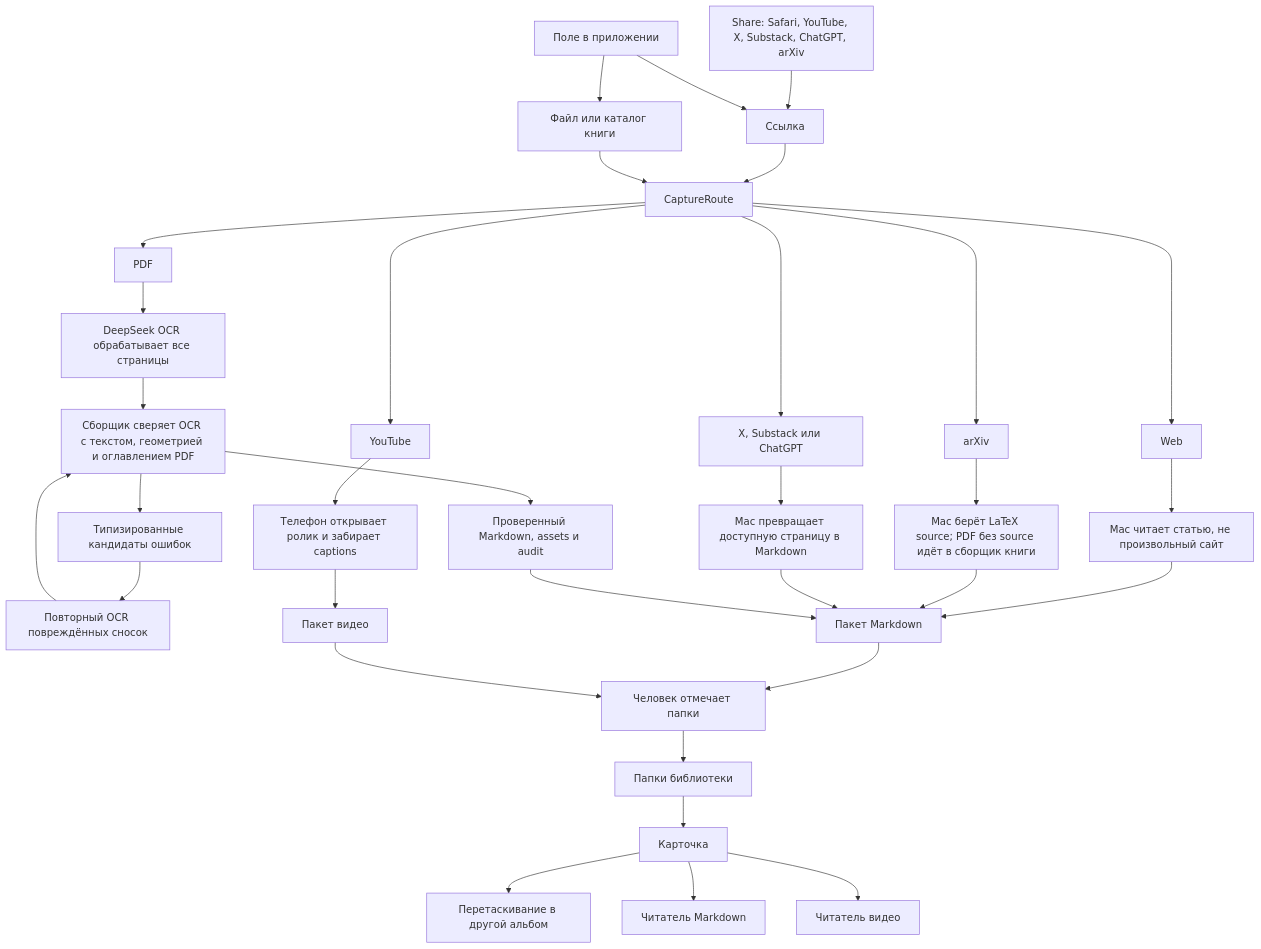
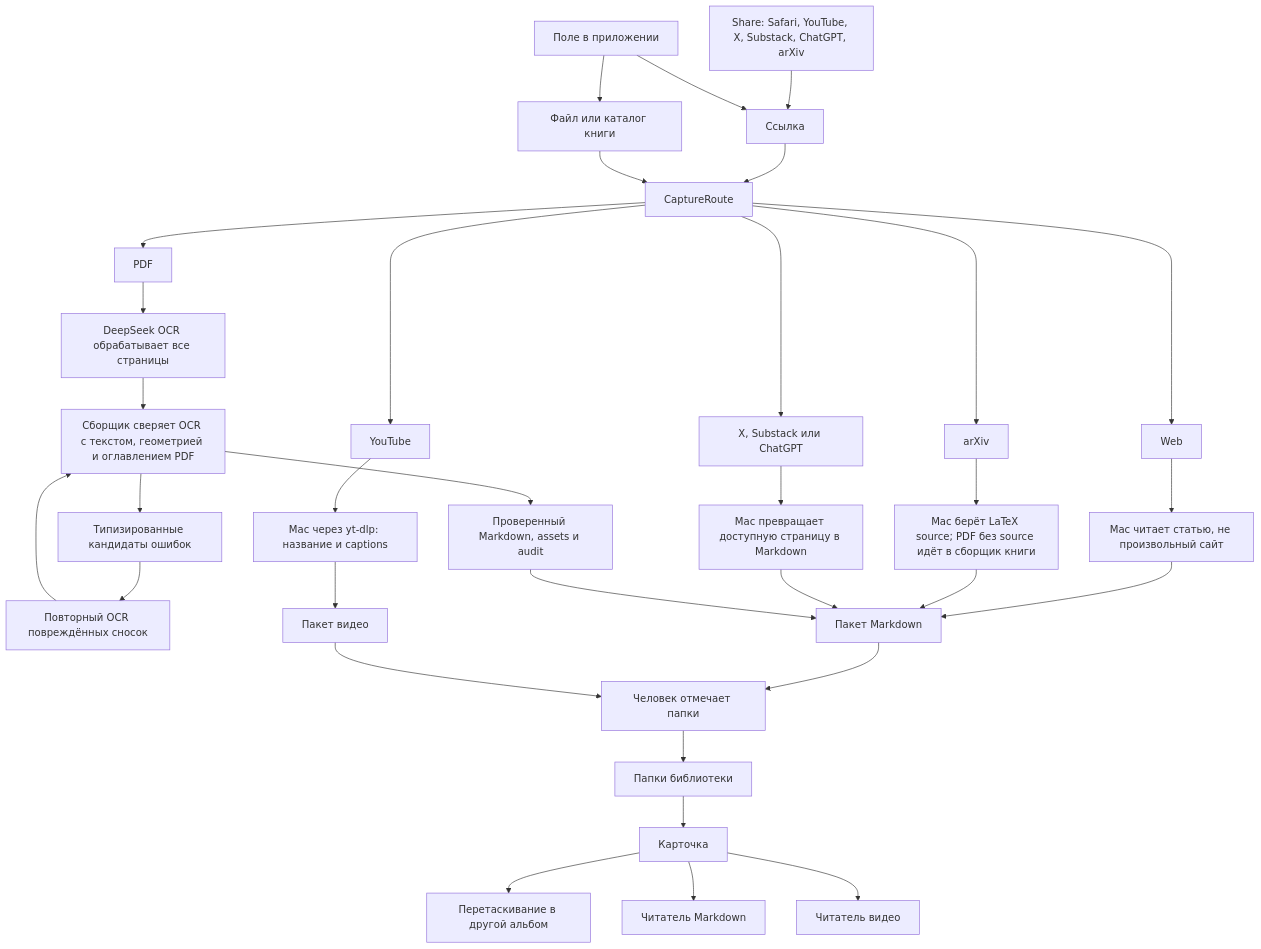
Before and after one commit to vladkalinichencko/fnmn-app: the eighth of 9 diagrams in APP_SPEC.md, drawn with Mermaid. The commit also changed other lines of this file and 12 other files, not shown here.

First line of the commit message:
Fetch YouTube captions on the Mac with yt-dlp.

````diff
--- a/APP_SPEC.md
+++ b/APP_SPEC.md
@@ -211,35 +211,35 @@
 ```mermaid
 flowchart TD
     Share[Share: Safari, YouTube, X, Substack, ChatGPT, arXiv] --> Link[Ссылка]
     Add[Поле в приложении] --> Link
     Add --> File[Файл или каталог книги]
     Link --> Route[CaptureRoute]
     File --> Route
     Route --> Web[Web]
     Route --> Arxiv[arXiv]
     Route --> Tube[YouTube]
     Route --> Social[X, Substack или ChatGPT]
     Route --> Pdf[PDF]
     Web --> ArticleMac[Mac читает статью, не произвольный сайт]
     Arxiv --> ArxivMac[Mac берёт LaTeX source; PDF без source идёт в сборщик книги]
     Social --> TextMac[Mac превращает доступную страницу в Markdown]
     Pdf --> PageOCR[DeepSeek OCR обрабатывает все страницы]
     PageOCR --> Assemble[Сборщик сверяет OCR с текстом, геометрией и оглавлением PDF]
     Assemble --> Candidates[Типизированные кандидаты ошибок]
     Candidates --> FootnoteOCR[Повторный OCR повреждённых сносок]
     FootnoteOCR --> Assemble
     Assemble --> PdfMac[Проверенный Markdown, assets и audit]
-    Tube --> VideoPhone[Телефон открывает ролик и забирает captions]
+    Tube --> VideoMac[Mac через yt-dlp: название и captions]
     ArticleMac --> Markdown[Пакет Markdown]
     ArxivMac --> Markdown
     TextMac --> Markdown
     PdfMac --> Markdown
-    VideoPhone --> VideoPack[Пакет видео]
+    VideoMac --> VideoPack[Пакет видео]
     Markdown --> Choose[Человек отмечает папки]
     VideoPack --> Choose
     Choose --> Album[Папки библиотеки]
     Album --> Card[Карточка]
     Card --> OtherAlbum[Перетаскивание в другой альбом]
     Card --> MarkdownReader[Читатель Markdown]
     Card --> VideoReader[Читатель видео]
 ```
````
